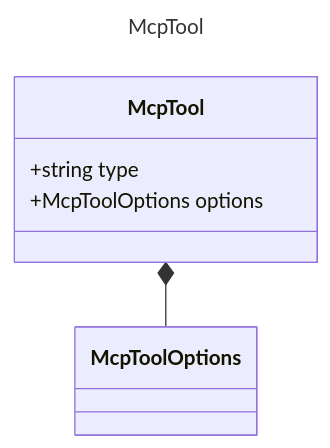
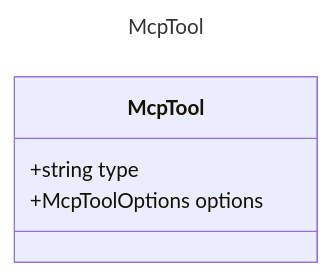
Before and after one commit to microsoft/prompty: the diagram in specification/prompty/docs/McpTool.md, drawn with Mermaid. The commit also changed 22 other files, not shown here.

Commit message:
corrected class diagrams

````diff
--- a/specification/prompty/docs/McpTool.md
+++ b/specification/prompty/docs/McpTool.md
@@ -7,11 +7,10 @@
 ```mermaid
 ---
 title: McpTool
 ---
 classDiagram
     class McpTool {
         +string type
         +McpToolOptions options
     }
-    McpTool *-- McpToolOptions
 ```
````
